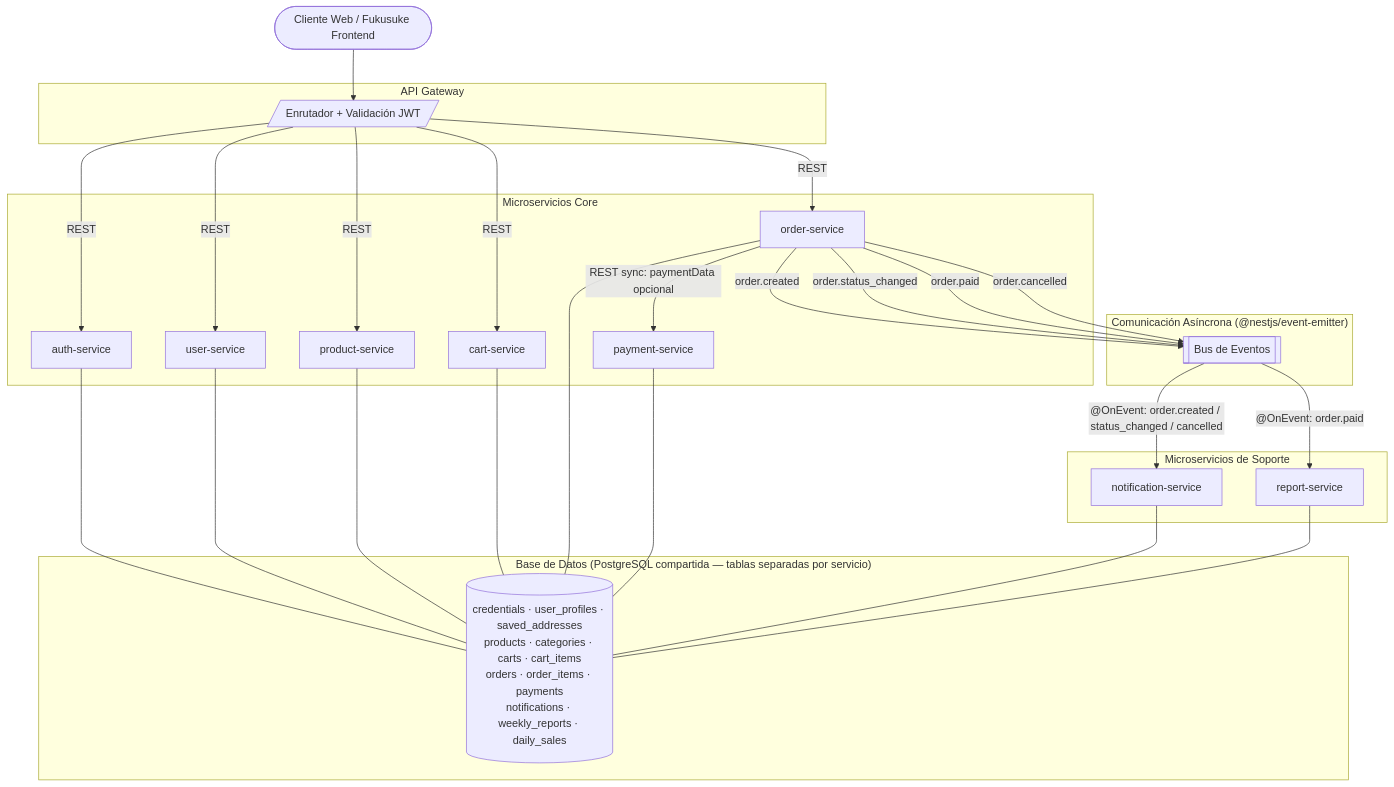
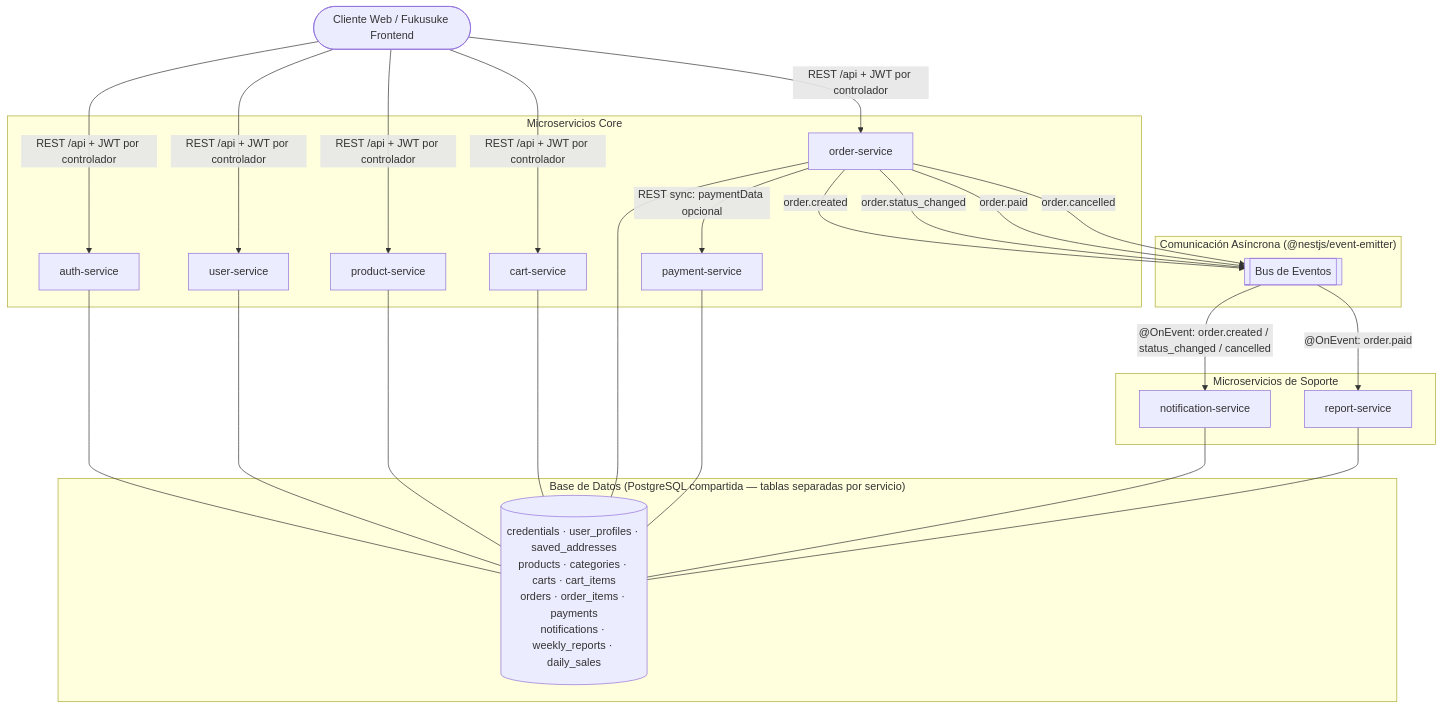
Before and after one commit to holyusm/INF-301-WWW: the first of 12 diagrams in BackEnd-Arquitectura.md, drawn with Mermaid. The commit also changed other lines of this file, not shown here.

````diff
--- a/BackEnd-Arquitectura.md
+++ b/BackEnd-Arquitectura.md
@@ -476,54 +476,49 @@
 ```mermaid
 flowchart TD
     Client([Cliente Web / Fukusuke Frontend])
-
-    subgraph Gateway["API Gateway"]
-        AG[/Enrutador + Validación JWT/]
-    end
 
     subgraph Core["Microservicios Core"]
         AUTH[auth-service]
         USER[user-service]
         PROD[product-service]
         CART[cart-service]
         ORDER[order-service]
         PAY[payment-service]
     end
 
     subgraph Support["Microservicios de Soporte"]
         NOTIF[notification-service]
         REPORT[report-service]
     end
 
     subgraph DB["Base de Datos (PostgreSQL compartida — tablas separadas por servicio)"]
         DB_ALL[(credentials · user_profiles · saved_addresses\nproducts · categories · carts · cart_items\norders · order_items · payments\nnotifications · weekly_reports · daily_sales)]
     end
 
     subgraph Events["Comunicación Asíncrona (@nestjs/event-emitter)"]
         MB[[Bus de Eventos]]
     end
 
-    Client --> AG
-    AG -->|REST| AUTH
-    AG -->|REST| USER
-    AG -->|REST| PROD
-    AG -->|REST| CART
-    AG -->|REST| ORDER
+    Client -->|"REST /api + JWT por controlador"| AUTH
+    Client -->|"REST /api + JWT por controlador"| USER
+    Client -->|"REST /api + JWT por controlador"| PROD
+    Client -->|"REST /api + JWT por controlador"| CART
+    Client -->|"REST /api + JWT por controlador"| ORDER
 
     ORDER -->|REST sync: paymentData opcional| PAY
     ORDER -->|order.created| MB
     ORDER -->|order.status_changed| MB
     ORDER -->|order.paid| MB
     ORDER -->|order.cancelled| MB
     MB -- "@OnEvent: order.created / status_changed / cancelled" --> NOTIF
     MB -- "@OnEvent: order.paid" --> REPORT
 
     AUTH --- DB_ALL
     USER --- DB_ALL
     PROD --- DB_ALL
     CART --- DB_ALL
     ORDER --- DB_ALL
     PAY --- DB_ALL
     NOTIF --- DB_ALL
     REPORT --- DB_ALL
 ```
````
